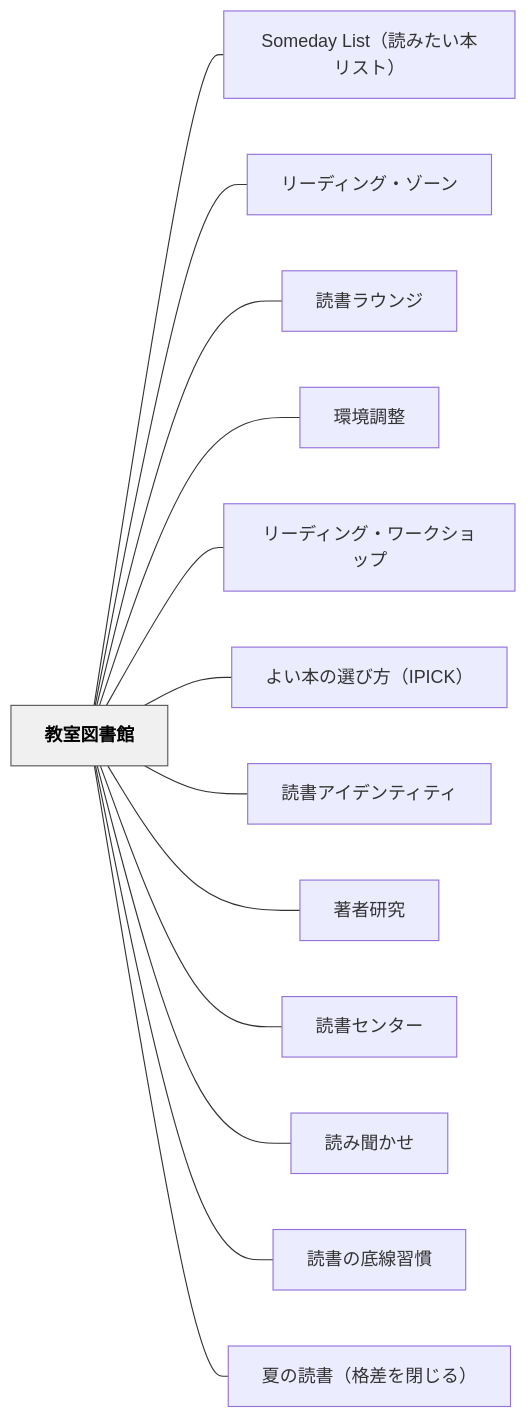
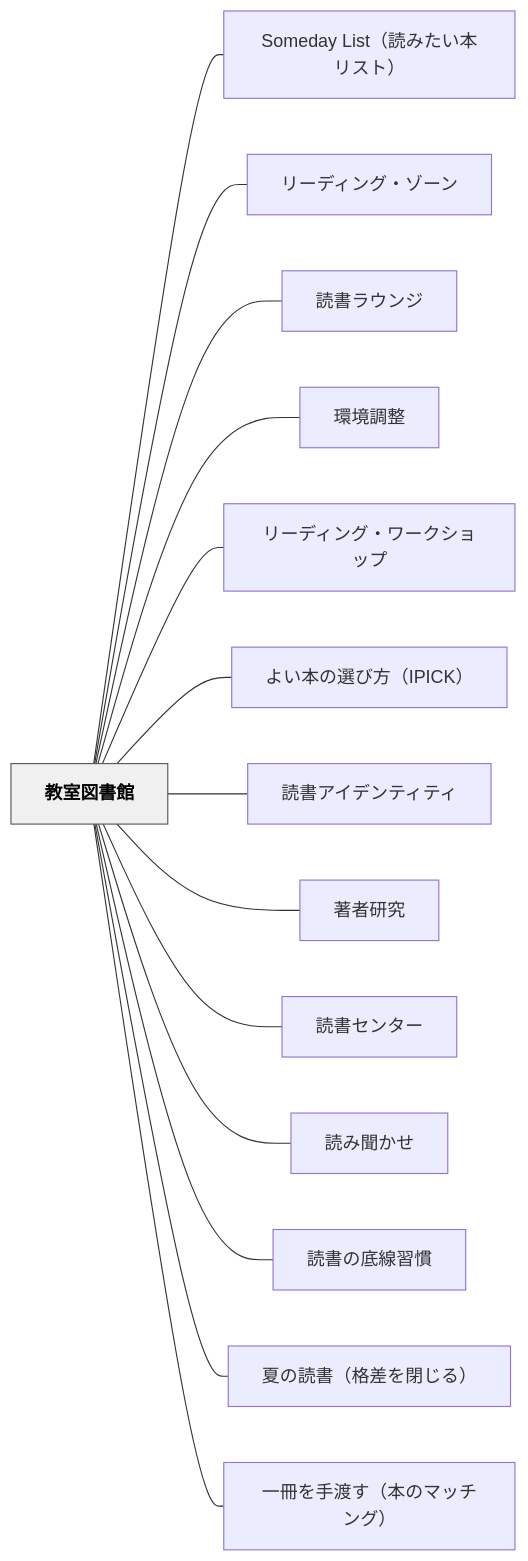
One commit to unknownthings-ed-patterns/unknownthings-ed-patterns changed the diagram in content/パタン/教室図書館.md. Above: the diagram before and after it, drawn with Mermaid. The commit also changed other lines of this file and 15 other files, not shown here.

````diff
--- a/content/パタン/教室図書館.md
+++ b/content/パタン/教室図書館.md
@@ -127,32 +128,34 @@
 ```mermaid
 flowchart LR
     ne69599e5aea4e59bb3e69bb8e9a4a8["教室図書館"]
     n536f6d65646179204c697374efbc88e8aaade381bfe3819fe38184e69cace383aae382b9e38388efbc89["Someday List（読みたい本リスト）"]
     ne383aae383bce38387e382a3e383b3e382b0e383bbe382bee383bce383b3["リーディング・ゾーン"]
     ne8aaade69bb8e383a9e382a6e383b3e382b8["読書ラウンジ"]
     ne792b0e5a283e8aabfe695b4["環境調整"]
     ne383aae383bce38387e382a3e383b3e382b0e383bbe383afe383bce382afe382b7e383a7e38383e38397["リーディング・ワークショップ"]
     ne38288e38184e69cace381aee981b8e381b3e696b9efbc88495049434befbc89["よい本の選び方（IPICK）"]
     ne8aaade69bb8e382a2e382a4e38387e383b3e38386e382a3e38386e382a3["読書アイデンティティ"]
     ne89197e88085e7a094e7a9b6["著者研究"]
     ne8aaade69bb8e382bbe383b3e382bfe383bc["読書センター"]
     ne8aaade381bfe8819ee3818be3819b["読み聞かせ"]
     ne8aaade69bb8e381aee5ba95e7b79ae7bf92e685a3["読書の底線習慣"]
     ne5a48fe381aee8aaade69bb8efbc88e6a0bce5b7aee38292e99689e38198e3828befbc89["夏の読書（格差を閉じる）"]
+    ne4b880e5868ae38292e6898be6b8a1e38199efbc88e69cace381aee3839ee38383e38381e383b3e382b0efbc89["一冊を手渡す（本のマッチング）"]
 
     ne69599e5aea4e59bb3e69bb8e9a4a8 --- n536f6d65646179204c697374efbc88e8aaade381bfe3819fe38184e69cace383aae382b9e38388efbc89
     ne69599e5aea4e59bb3e69bb8e9a4a8 --- ne383aae383bce38387e382a3e383b3e382b0e383bbe382bee383bce383b3
     ne69599e5aea4e59bb3e69bb8e9a4a8 --- ne8aaade69bb8e383a9e382a6e383b3e382b8
     ne69599e5aea4e59bb3e69bb8e9a4a8 --- ne792b0e5a283e8aabfe695b4
     ne69599e5aea4e59bb3e69bb8e9a4a8 --- ne383aae383bce38387e382a3e383b3e382b0e383bbe383afe383bce382afe382b7e383a7e38383e38397
     ne69599e5aea4e59bb3e69bb8e9a4a8 --- ne38288e38184e69cace381aee981b8e381b3e696b9efbc88495049434befbc89
     ne69599e5aea4e59bb3e69bb8e9a4a8 --- ne8aaade69bb8e382a2e382a4e38387e383b3e38386e382a3e38386e382a3
     ne69599e5aea4e59bb3e69bb8e9a4a8 --- ne89197e88085e7a094e7a9b6
     ne69599e5aea4e59bb3e69bb8e9a4a8 --- ne8aaade69bb8e382bbe383b3e382bfe383bc
     ne69599e5aea4e59bb3e69bb8e9a4a8 --- ne8aaade381bfe8819ee3818be3819b
     ne69599e5aea4e59bb3e69bb8e9a4a8 --- ne8aaade69bb8e381aee5ba95e7b79ae7bf92e685a3
     ne69599e5aea4e59bb3e69bb8e9a4a8 --- ne5a48fe381aee8aaade69bb8efbc88e6a0bce5b7aee38292e99689e38198e3828befbc89
+    ne69599e5aea4e59bb3e69bb8e9a4a8 --- ne4b880e5868ae38292e6898be6b8a1e38199efbc88e69cace381aee3839ee38383e38381e383b3e382b0efbc89
 
     classDef hub fill:#f0f0f0,stroke:#555,color:#000,font-weight:bold
     class ne69599e5aea4e59bb3e69bb8e9a4a8 hub
 ```
````
